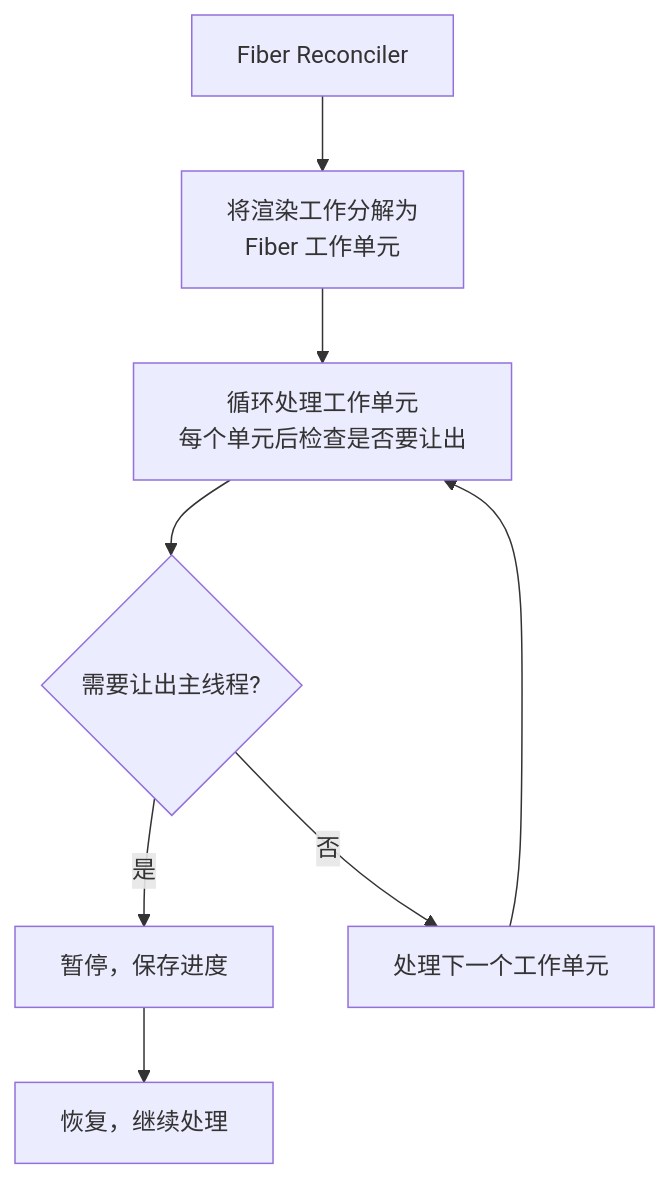
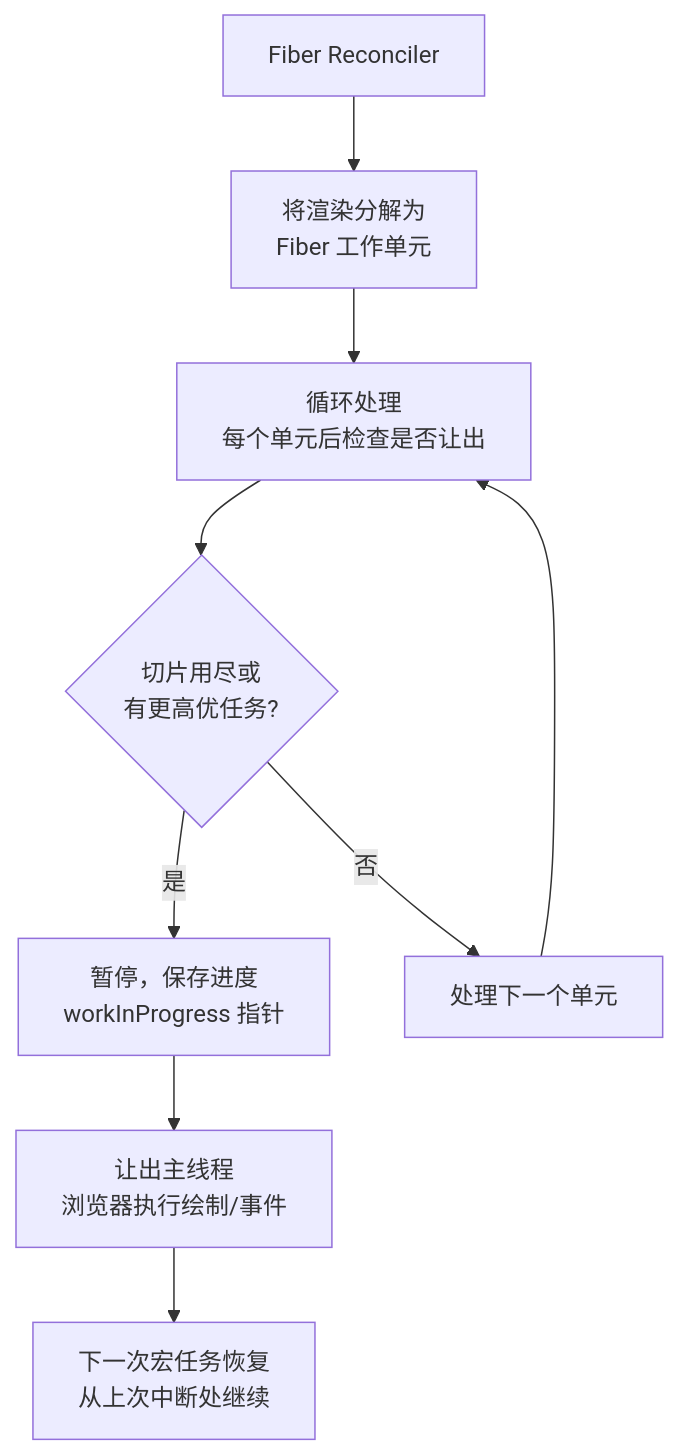
The second of 5 diagrams in apps/docs/frameworks/react/advanced/core-design/fiberArchitecture.md (sentibeitaokong/CoreFront-EndConcepts), drawn with Mermaid before and after one commit. The commit also changed other lines of this file and 1 other file, not shown here.

````diff
--- a/apps/docs/frameworks/react/advanced/core-design/fiberArchitecture.md
+++ b/apps/docs/frameworks/react/advanced/core-design/fiberArchitecture.md
@@ -38,10 +49,12 @@
 ```mermaid
 flowchart TD
-    Fiber[Fiber Reconciler] --> Units[将渲染工作分解为<br/>Fiber 工作单元]
-    Units --> Loop[循环处理工作单元<br/>每个单元后检查是否要让出]
-    Loop --> Yield{需要让出主线程?}
-    Yield -->|是| Pause[暂停，保存进度]
-    Pause --> Resume[恢复，继续处理]
-    Yield -->|否| Next[处理下一个工作单元]
+    Fiber[Fiber Reconciler] --> Units[将渲染分解为<br/>Fiber 工作单元]
+    Units --> Loop[循环处理<br/>每个单元后检查是否让出]
+    Loop --> Yield{切片用尽或<br/>有更高优任务?}
+    Yield -->|是| Pause[暂停，保存进度<br/>workInProgress 指针]
+    Pause --> Browser[让出主线程<br/>浏览器执行绘制/事件]
+    Browser --> Resume[下一次宏任务恢复<br/>从上次中断处继续]
+    Yield -->|否| Next[处理下一个单元]
     Next --> Loop
+
 ```
````
